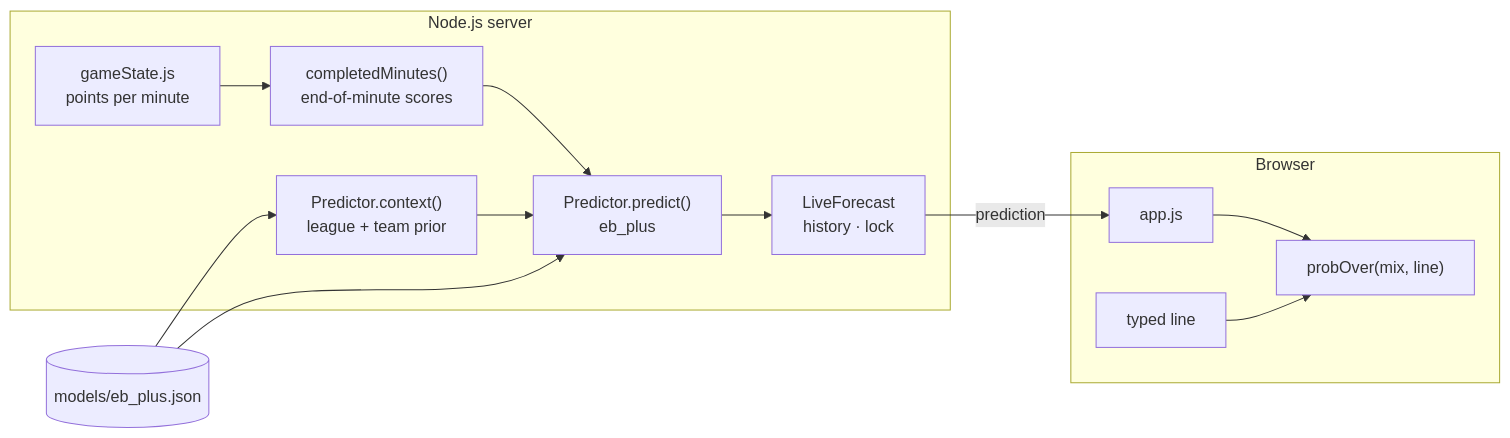
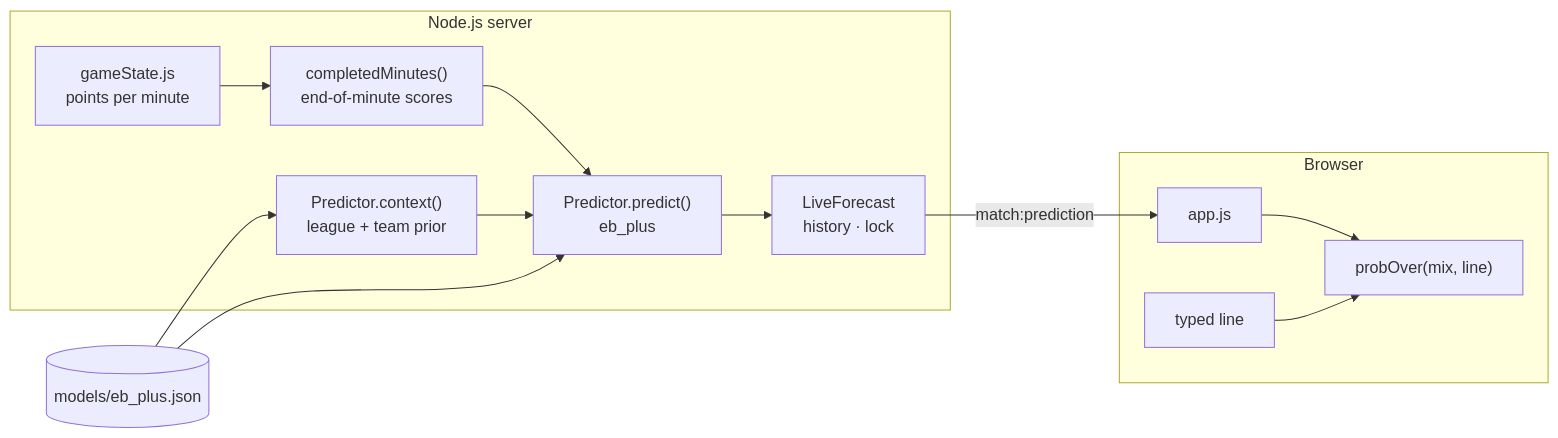
The first of 2 diagrams in docs/formula.md (aral-by/basketscrape), drawn with Mermaid before and after one commit. The commit also changed other lines of this file and 3 other files, not shown here.

````diff
--- a/docs/formula.md
+++ b/docs/formula.md
@@ -5,16 +5,16 @@
 ```mermaid
 flowchart LR
     subgraph Server["Node.js server"]
         SB["gameState.js<br/>points per minute"] --> CM["completedMinutes()<br/>end-of-minute scores"]
         CM --> PR["Predictor.predict()<br/>eb_plus"]
         CTX["Predictor.context()<br/>league + team prior"] --> PR
         PR --> LF["LiveForecast<br/>history · lock"]
     end
     MJ[("models/eb_plus.json")] --> CTX
     MJ --> PR
-    LF -- "prediction" --> UI
+    LF -- "match:prediction" --> UI
     subgraph Browser
         UI["app.js"] --> PO["probOver(mix, line)"]
         LINE["typed line"] --> PO
     end
 ```
````
